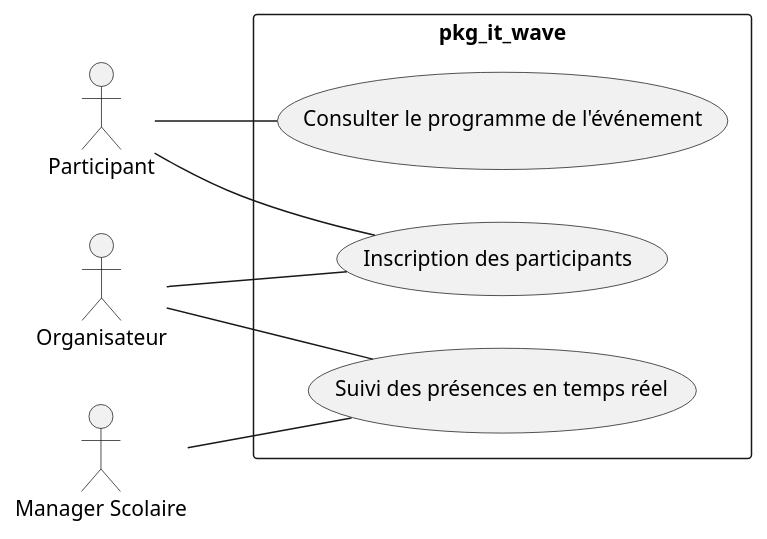
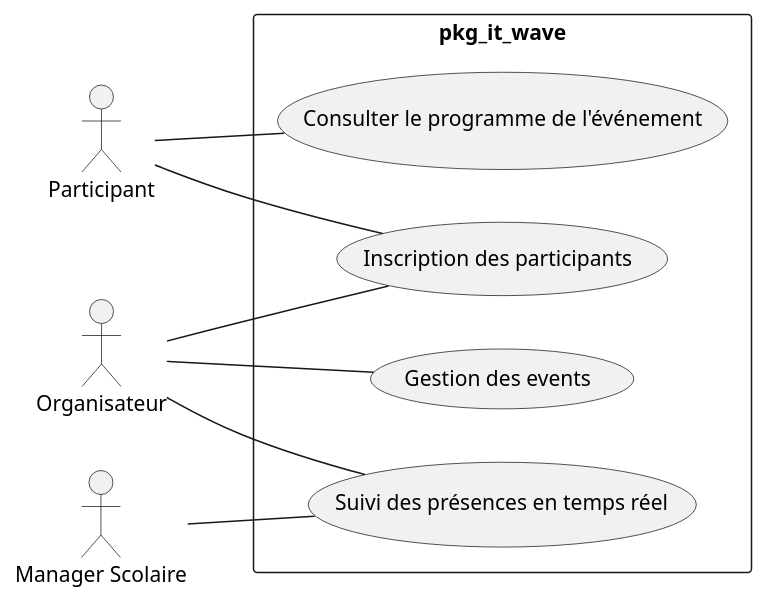
Before and after one commit to AyoubyAmazu/ui_ux: the diagram in branch_fonctionnell/analys/useCase_general.puml, drawn with PlantUML. The commit also changed 11 other files, not shown here.

```diff
--- a/branch_fonctionnell/analys/useCase_general.puml
+++ b/branch_fonctionnell/analys/useCase_general.puml
@@ -1,29 +1,31 @@
 @startuml
 
 left to right direction
 
 actor "Participant" as Participant
 actor "Organisateur" as Organisateur
 actor "Manager Scolaire" as Manager
 rectangle pkg_it_wave {
   usecase "Inscription des participants" as uc1
   usecase "Consulter le programme de l'événement" as uc3
   usecase "Suivi des présences en temps réel" as uc4
-
+  usecase "Gestion des events" as uc5
 
 }
 ' Participant use cases
 
 Participant -- uc1
 Participant -- uc3
 
 ' Organisateur use cases
 Organisateur -- uc1
 Organisateur -- uc4
+Organisateur -- uc5
+
 
 ' Manager Scolaire use cases
 Manager -- uc4
 
 
 
 @enduml
```
